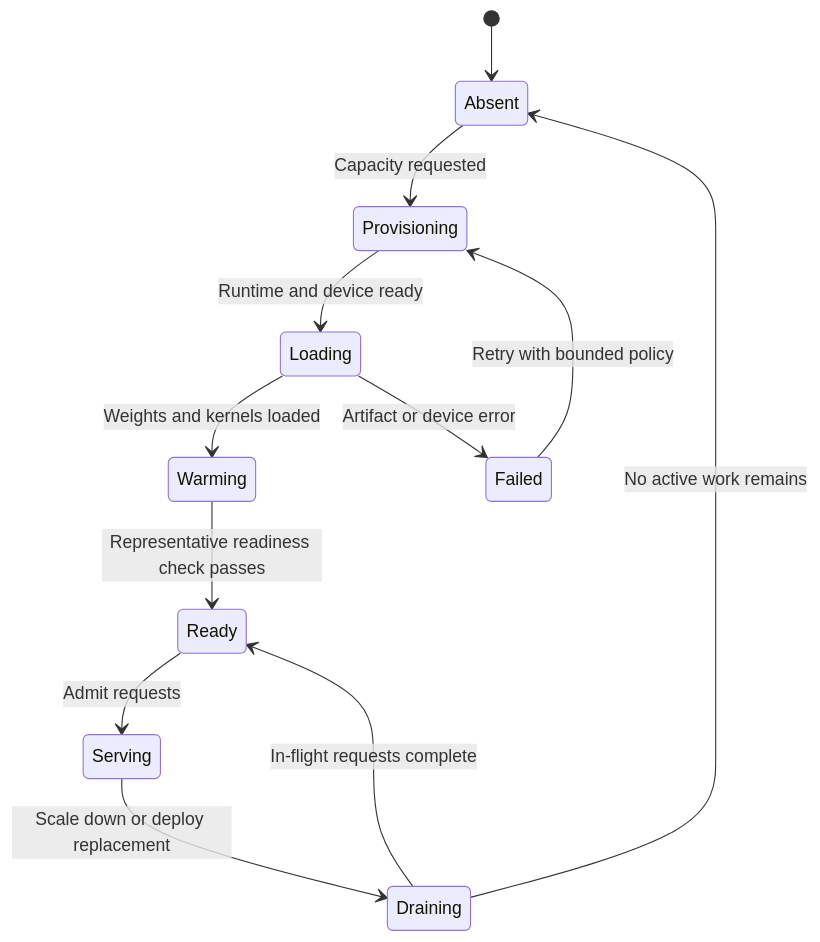
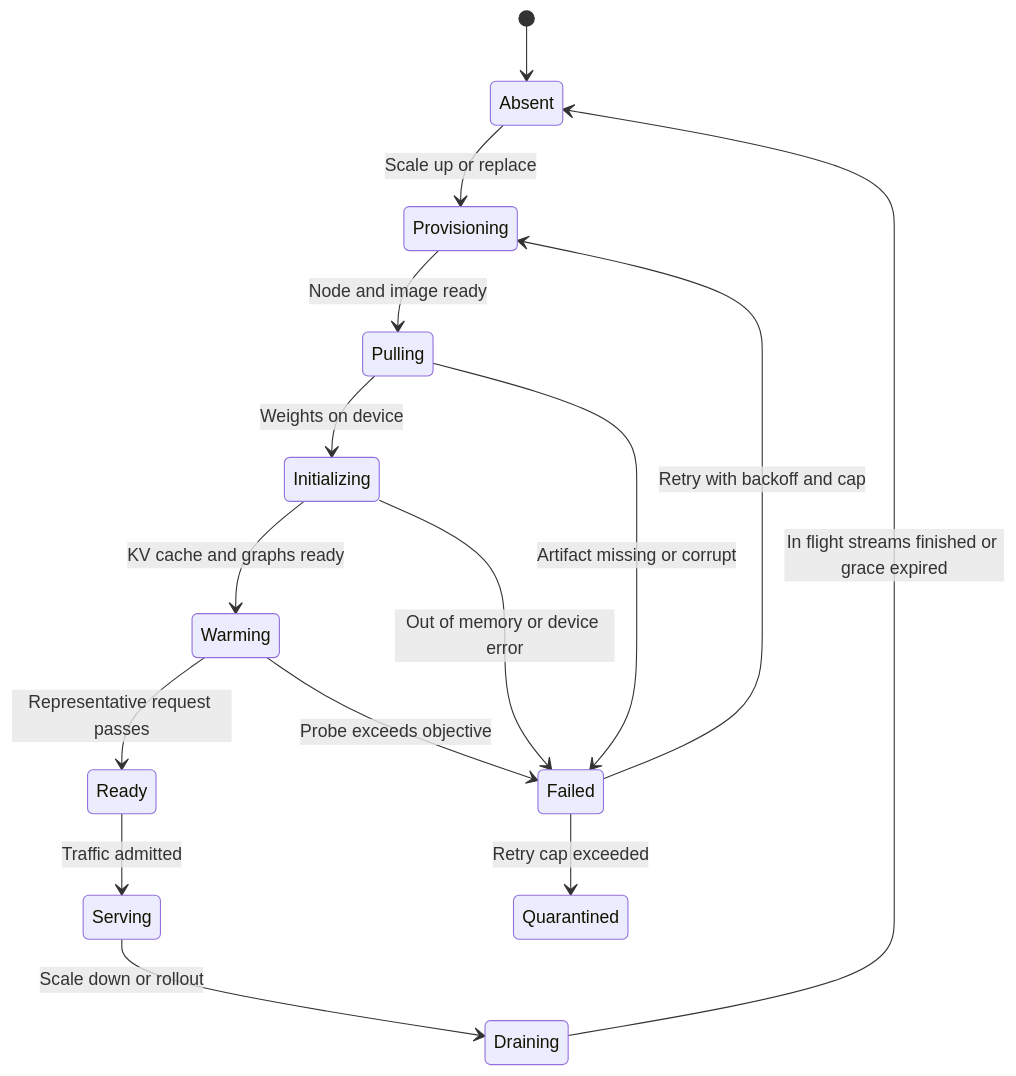
Diagram 11 of 17 in 17_AI_Architecture/CH07_Inference_Serving_and_Model_Placement.md (joydasss/Architect), drawn with Mermaid before and after one commit. The commit also changed other lines of this file and 295 other files, not shown here.

````diff
--- a/17_AI_Architecture/CH07_Inference_Serving_and_Model_Placement.md
+++ b/17_AI_Architecture/CH07_Inference_Serving_and_Model_Placement.md
@@ -74,14 +932,17 @@
 ```mermaid
 stateDiagram-v2
     [*] --> Absent
-    Absent --> Provisioning: Capacity requested
-    Provisioning --> Loading: Runtime and device ready
-    Loading --> Warming: Weights and kernels loaded
-    Warming --> Ready: Representative readiness check passes
-    Ready --> Serving: Admit requests
-    Serving --> Draining: Scale down or deploy replacement
-    Draining --> Ready: In-flight requests complete
-    Draining --> Absent: No active work remains
-    Loading --> Failed: Artifact or device error
-    Failed --> Provisioning: Retry with bounded policy
+    Absent --> Provisioning: Scale up or replace
+    Provisioning --> Pulling: Node and image ready
+    Pulling --> Initializing: Weights on device
+    Initializing --> Warming: KV cache and graphs ready
+    Warming --> Ready: Representative request passes
+    Ready --> Serving: Traffic admitted
+    Serving --> Draining: Scale down or rollout
+    Draining --> Absent: In flight streams finished or grace expired
+    Pulling --> Failed: Artifact missing or corrupt
+    Initializing --> Failed: Out of memory or device error
+    Warming --> Failed: Probe exceeds objective
+    Failed --> Provisioning: Retry with backoff and cap
+    Failed --> Quarantined: Retry cap exceeded
 ```
````
